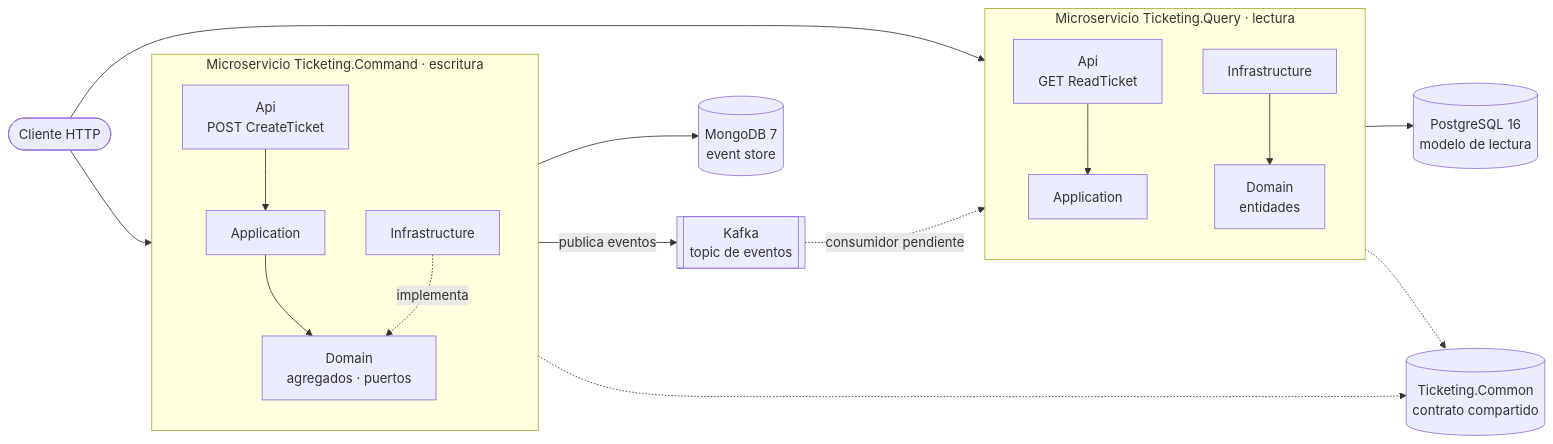
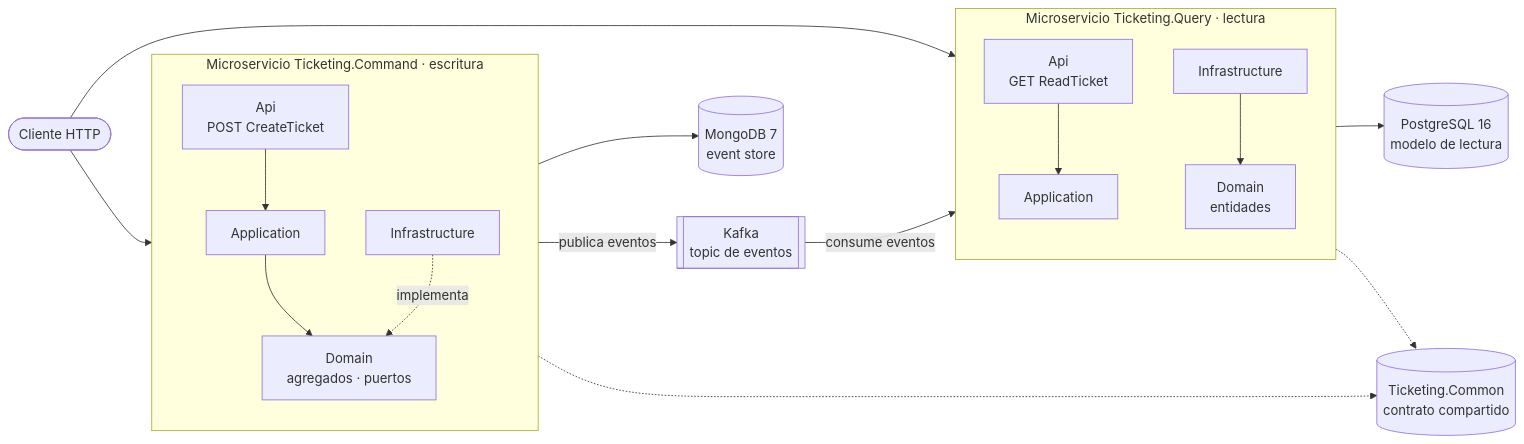
One commit to rubendevvalencia/BackendPortfolio changed the first of 2 diagrams in Microservices-Events/docs/arquitectura.md. Above: the diagram before and after it, drawn with Mermaid. The commit also changed other lines of this file and 15 other files, not shown here.

````diff
--- a/Microservices-Events/docs/arquitectura.md
+++ b/Microservices-Events/docs/arquitectura.md
@@ -17,38 +17,38 @@
 ```mermaid
 flowchart LR
     Client([Cliente HTTP])
 
     subgraph CMD["Microservicio Ticketing.Command · escritura"]
         direction TB
         CApi["Api<br/>POST CreateTicket"]
         CApp["Application"]
         CDom["Domain<br/>agregados · puertos"]
         CInf["Infrastructure"]
         CApi --> CApp --> CDom
         CInf -.->|implementa| CDom
     end
 
     subgraph QRY["Microservicio Ticketing.Query · lectura"]
         direction TB
         QApi["Api<br/>GET ReadTicket"]
         QApp["Application"]
         QDom["Domain<br/>entidades"]
         QInf["Infrastructure"]
         QApi --> QApp
         QInf --> QDom
     end
 
     MONGO[("MongoDB 7<br/>event store")]
     KAFKA[["Kafka<br/>topic de eventos"]]
     PG[("PostgreSQL 16<br/>modelo de lectura")]
     COM[("Ticketing.Common<br/>contrato compartido")]
 
     Client --> CApi
     Client --> QApi
     CInf --> MONGO
     CInf -->|publica eventos| KAFKA
-    KAFKA -.->|consumidor pendiente| QInf
+    KAFKA -->|consume eventos| QInf
     QInf --> PG
     CMD -.-> COM
     QRY -.-> COM
 ```
````
